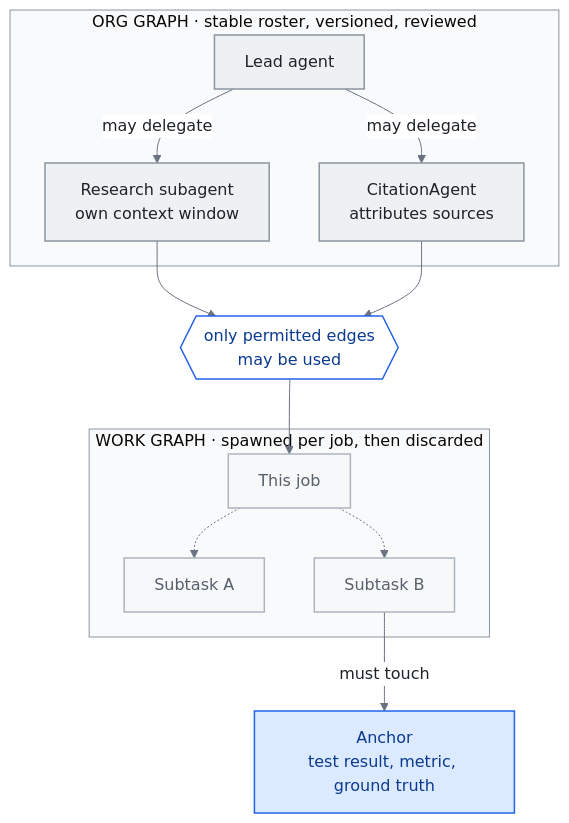
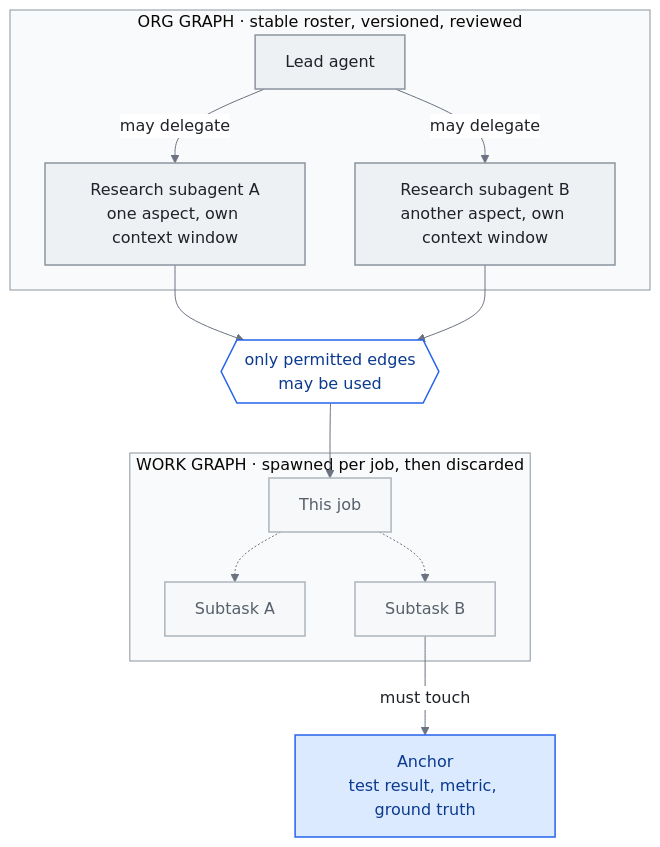
One commit to kennethlaw325/awesome-llm-knowledge-systems changed the diagram in chapters/14-graph-engineering.md. Above: the diagram before and after it, drawn with Mermaid. The commit also changed other lines of this file, not shown here.

Commit message:
Ch14 figure: second delegation branch is another research subagent (grounded at L100)

````diff
--- a/chapters/14-graph-engineering.md
+++ b/chapters/14-graph-engineering.md
@@ -11,24 +11,24 @@
 ```mermaid
 %%{init: {'theme':'base','themeVariables':{'primaryColor':'#eef1f4','primaryTextColor':'#1f2328','primaryBorderColor':'#8c959f','lineColor':'#6b7280','tertiaryColor':'#f6f8fa','clusterBkg':'#f9fafb','clusterBorder':'#8c959f','edgeLabelBackground':'#ffffff'}}}%%
 flowchart TB
     subgraph ORG["ORG GRAPH · stable roster, versioned, reviewed"]
-      LEAD["Lead agent"] -->|may delegate| RES["Research subagent<br/>own context window"]
-      LEAD -->|may delegate| CITE["CitationAgent<br/>attributes sources"]
+      LEAD["Lead agent"] -->|may delegate| RES["Research subagent A<br/>one aspect, own context window"]
+      LEAD -->|may delegate| RES2["Research subagent B<br/>another aspect, own context window"]
     end
     RES --> GATE{{"only permitted edges<br/>may be used"}}
-    CITE --> GATE
+    RES2 --> GATE
     subgraph WORK["WORK GRAPH · spawned per job, then discarded"]
       T0["This job"] -.-> T1["Subtask A"]
       T0 -.-> T2["Subtask B"]
     end
     GATE --> T0
     T2 -->|must touch| ANCH["Anchor<br/>test result, metric, ground truth"]
-    class LEAD,RES,CITE stable
+    class LEAD,RES,RES2 stable
     class T0,T1,T2 muted
     class ANCH accent
     class GATE gate
 classDef stable fill:#eef1f4,stroke:#8c959f,stroke-width:1.5px,color:#1f2328
 classDef accent fill:#dbeafe,stroke:#2563eb,stroke-width:1.5px,color:#0b3a8f
 classDef muted fill:#f6f8fa,stroke:#adb5bd,stroke-width:1.5px,color:#57606a
 classDef gate fill:#ffffff,stroke:#2563eb,stroke-width:1.5px,color:#0b3a8f
 ```
````
